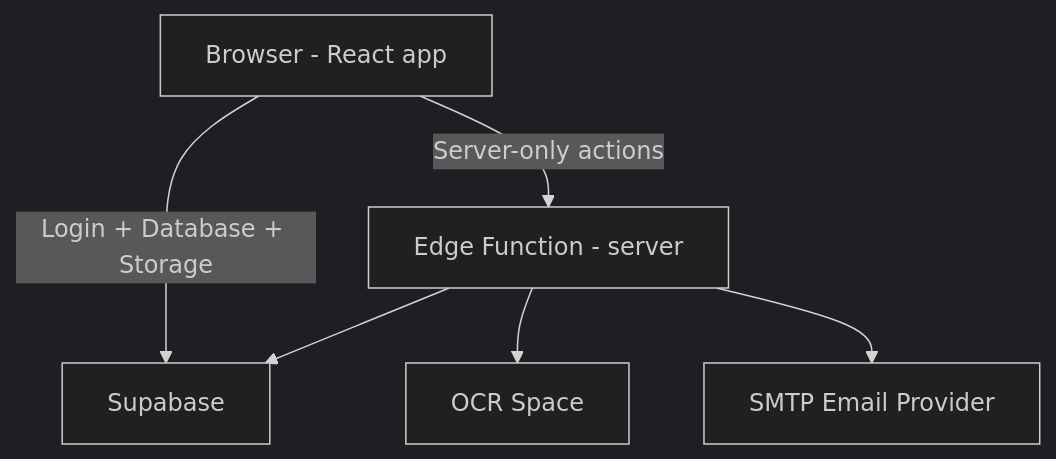
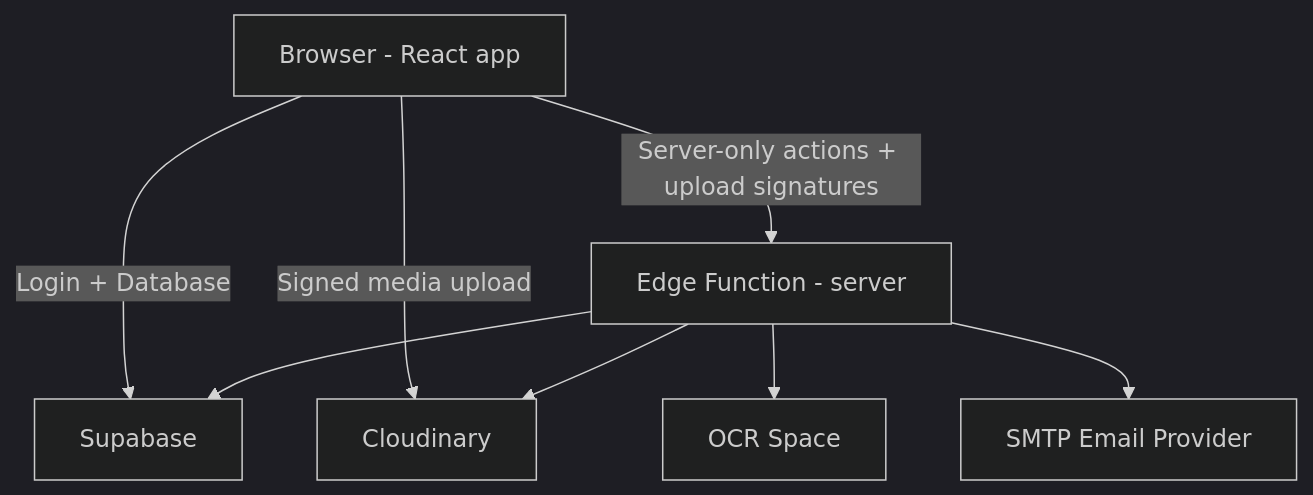
The diagram in README.md (hamsoool/ClinicKa), drawn with Mermaid (dark theme) before and after one commit. The commit also changed other lines of this file and 8 other files, not shown here.

Commit message:
integrated cloudinary for media storage

````diff
--- a/README.md
+++ b/README.md
@@ -95,8 +99,10 @@
 ```mermaid
 graph TD
-   UI[Browser - React app] -->|Login + Database + Storage| SB[Supabase]
-   UI -->|Server-only actions| FX[Edge Function - server]
+   UI[Browser - React app] -->|Login + Database| SB[Supabase]
+   UI -->|Signed media upload| CLD[Cloudinary]
+   UI -->|Server-only actions + upload signatures| FX[Edge Function - server]
    FX --> SB
+   FX --> CLD
    FX --> OCR[OCR Space]
    FX --> SMTP[SMTP Email Provider]
 ```
````
